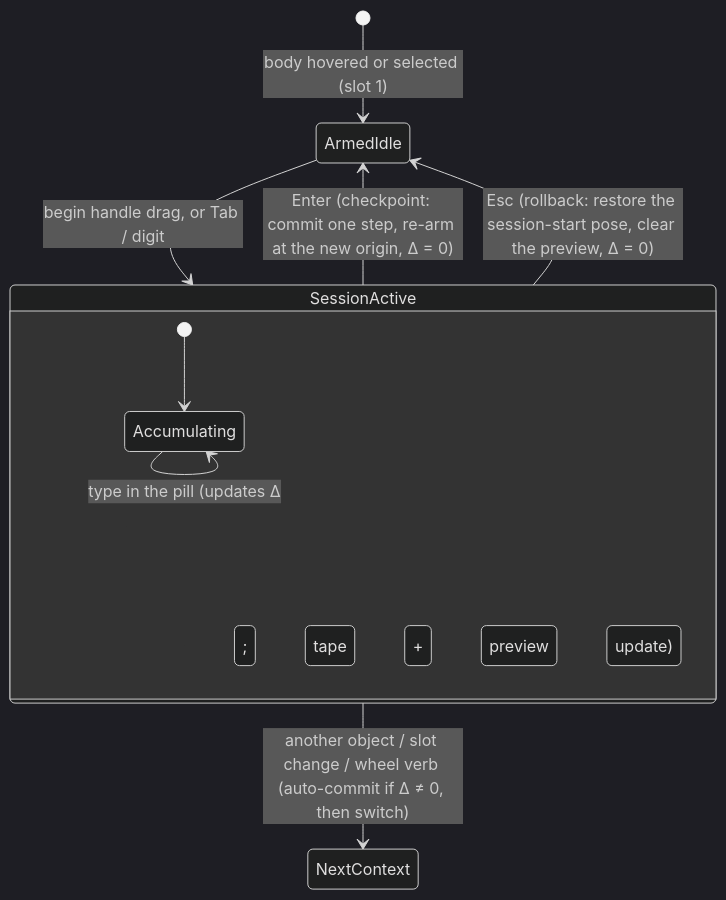
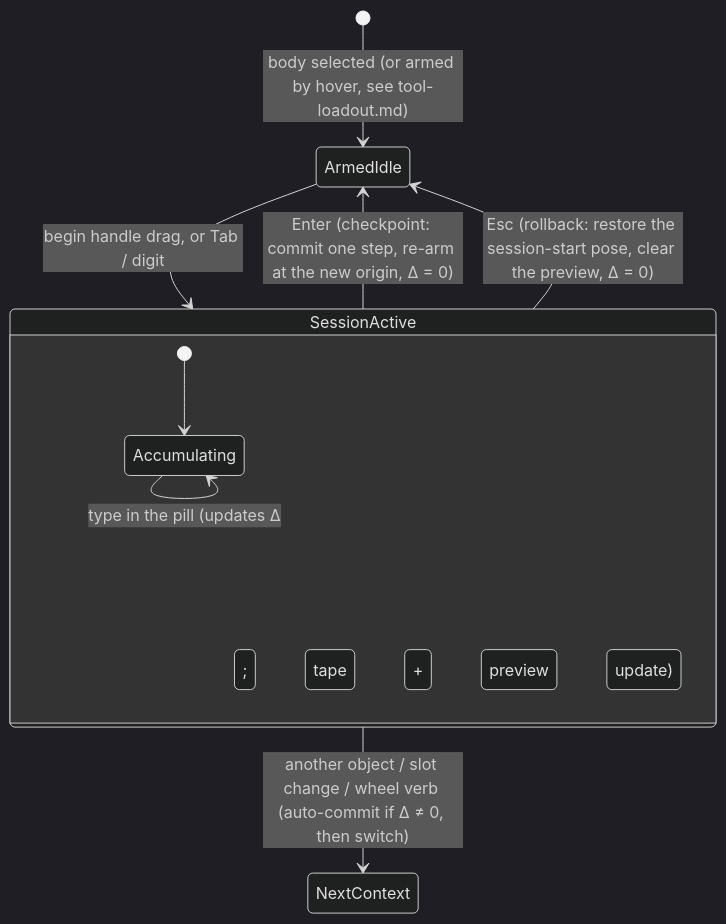
One commit to ferrocad/ferrocad changed the diagram in docs/project/tasks/transform-session.md. Above: the diagram before and after it, drawn with Mermaid (dark theme). The commit also changed other lines of this file and 8 other files, not shown here.

````diff
--- a/docs/project/tasks/transform-session.md
+++ b/docs/project/tasks/transform-session.md
@@ -133,15 +72,15 @@
 ```mermaid
 stateDiagram-v2
-    [*] --> ArmedIdle: body hovered or selected (slot 1)
+    [*] --> ArmedIdle: body selected (or armed by hover, see tool-loadout.md)
     ArmedIdle --> SessionActive: begin handle drag, or Tab / digit
 
     state SessionActive {
         [*] --> Accumulating
         Accumulating --> Accumulating: drag an axis (adds to Δ; tape + preview update)
         Accumulating --> Accumulating: type in the pill (updates Δ; tape + preview update)
     }
 
     SessionActive --> ArmedIdle: Enter (checkpoint: commit one step, re-arm at the new origin, Δ = 0)
     SessionActive --> NextContext: another object / slot change / wheel verb (auto-commit if Δ ≠ 0, then switch)
     SessionActive --> ArmedIdle: Esc (rollback: restore the session-start pose, clear the preview, Δ = 0)
 ```
````
